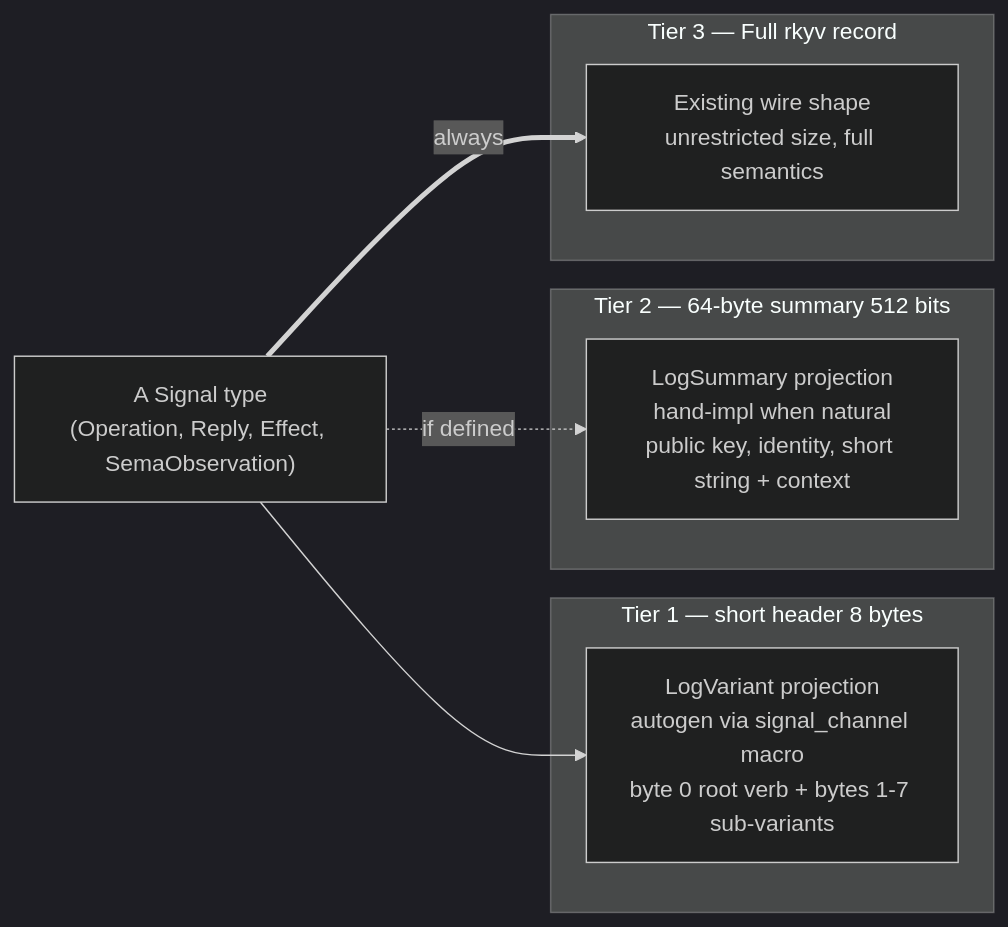
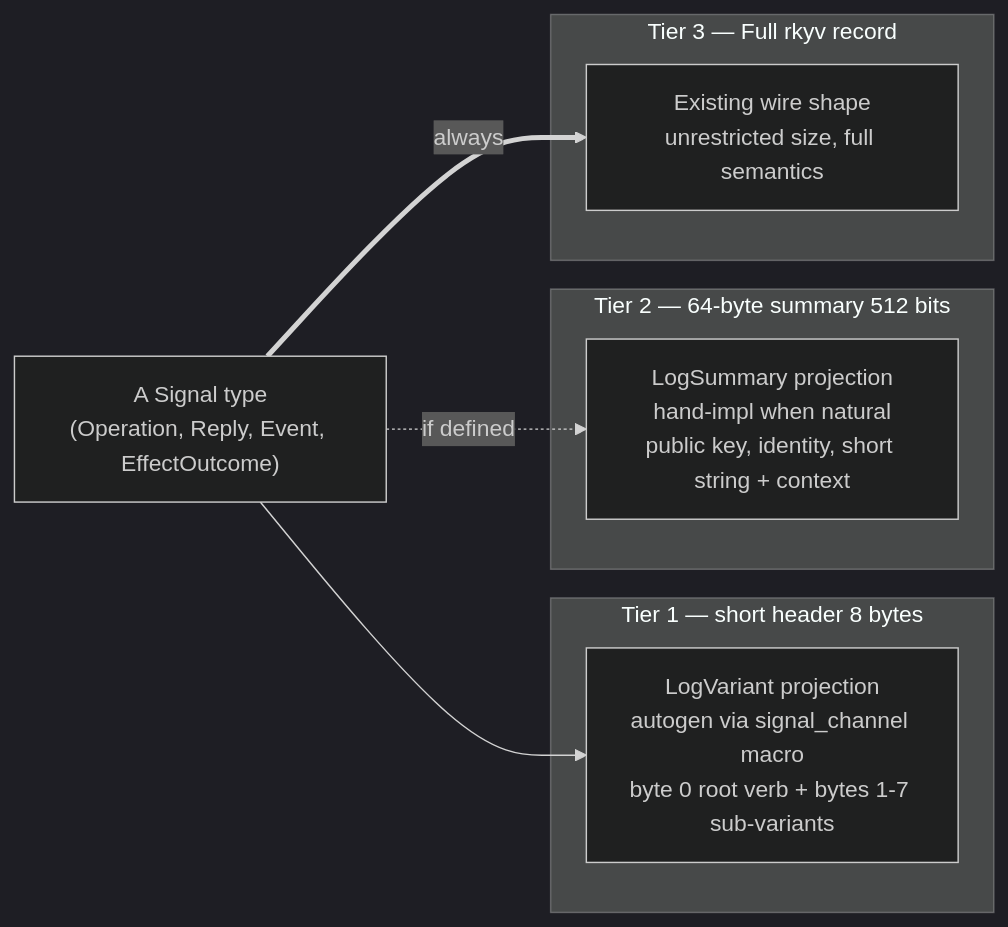
Before and after one commit to LiGoldragon/signal-frame: the second of 5 diagrams in ARCHITECTURE.md, drawn with Mermaid (dark theme). The commit also changed other lines of this file and 15 other files, not shown here.

````diff
--- a/ARCHITECTURE.md
+++ b/ARCHITECTURE.md
@@ -228,20 +229,20 @@
 ```mermaid
 flowchart LR
-    signal_type["A Signal type<br/>(Operation, Reply, Effect, SemaObservation)"]
+    signal_type["A Signal type<br/>(Operation, Reply, Event, EffectOutcome)"]
 
     subgraph tier_one [Tier 1 — short header 8 bytes]
         tier_one_node["LogVariant projection<br/>autogen via signal_channel macro<br/>byte 0 root verb + bytes 1-7 sub-variants"]
     end
 
     subgraph tier_two [Tier 2 — 64-byte summary 512 bits]
         tier_two_node["LogSummary projection<br/>hand-impl when natural<br/>public key, identity, short string + context"]
     end
 
     subgraph tier_three [Tier 3 — Full rkyv record]
         tier_three_node["Existing wire shape<br/>unrestricted size, full semantics"]
     end
 
     signal_type --> tier_one_node
     signal_type -.->|if defined| tier_two_node
     signal_type ==>|always| tier_three_node
 ```
````
